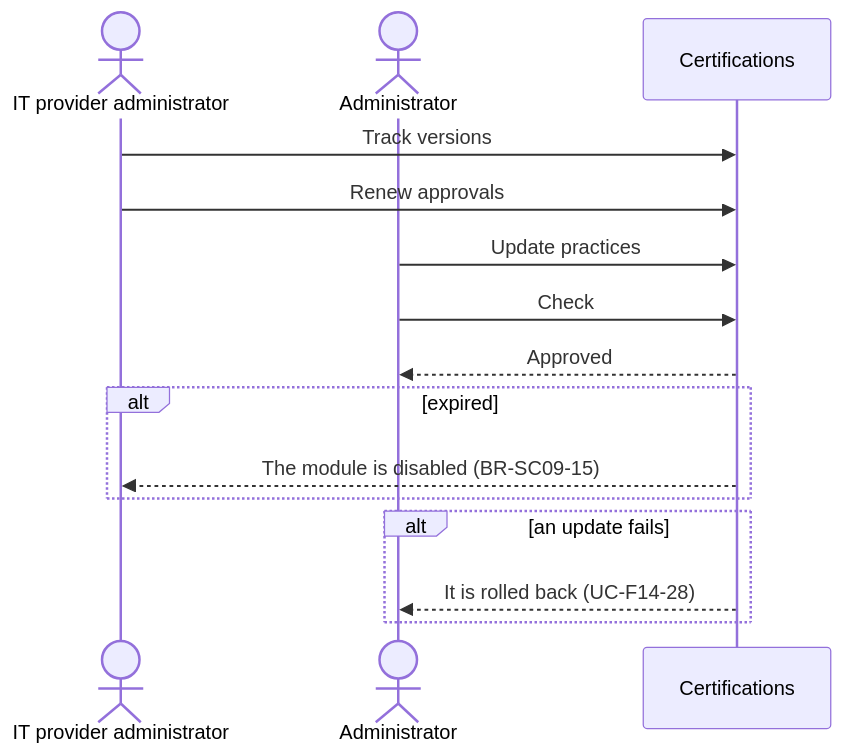
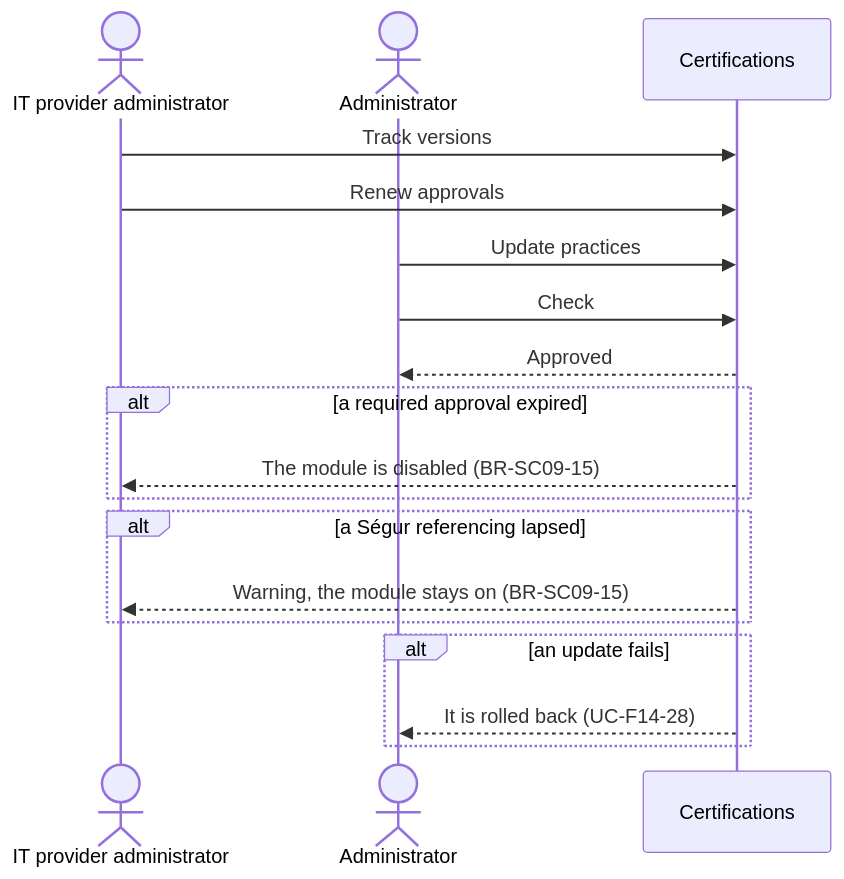
Before and after one commit to gpbcom/SimpleERP: the diagram in docs/specs/08-sectors/sc09-health-practices/use-cases/06-compliance-and-certification/uc-sc09-19-keep-the-software-s-certifications-current.md, drawn with Mermaid. The commit also changed other lines of this file and 8816 other files, not shown here.

````diff
--- a/docs/specs/08-sectors/sc09-health-practices/use-cases/06-compliance-and-certification/uc-sc09-19-keep-the-software-s-certifications-current.md
+++ b/docs/specs/08-sectors/sc09-health-practices/use-cases/06-compliance-and-certification/uc-sc09-19-keep-the-software-s-certifications-current.md
@@ -112,17 +118,20 @@
 ```mermaid
 sequenceDiagram
   actor A1 as IT provider administrator
   actor A2 as Administrator
   participant P1 as Certifications
   A1->>P1: Track versions
   A1->>P1: Renew approvals
   A2->>P1: Update practices
   A2->>P1: Check
   P1-->>A2: Approved
-  alt expired
+  alt a required approval expired
     P1-->>A1: The module is disabled (BR-SC09-15)
+  end
+  alt a Ségur referencing lapsed
+    P1-->>A1: Warning, the module stays on (BR-SC09-15)
   end
   alt an update fails
     P1-->>A2: It is rolled back (UC-F14-28)
   end
 ```
````
